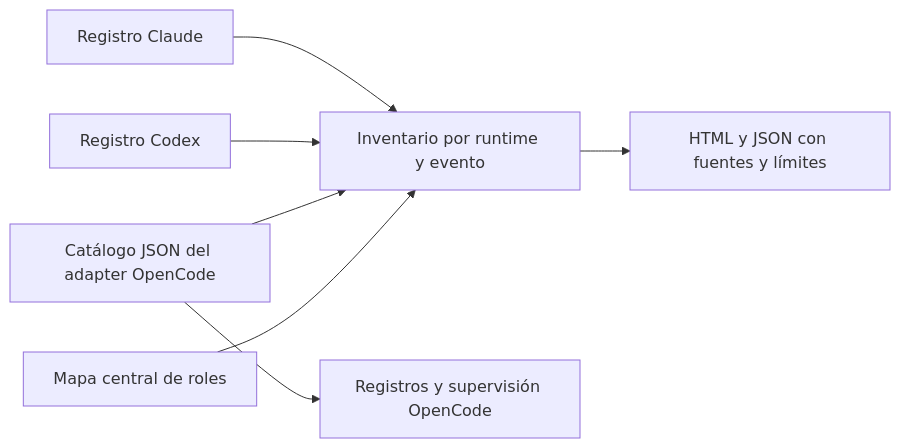
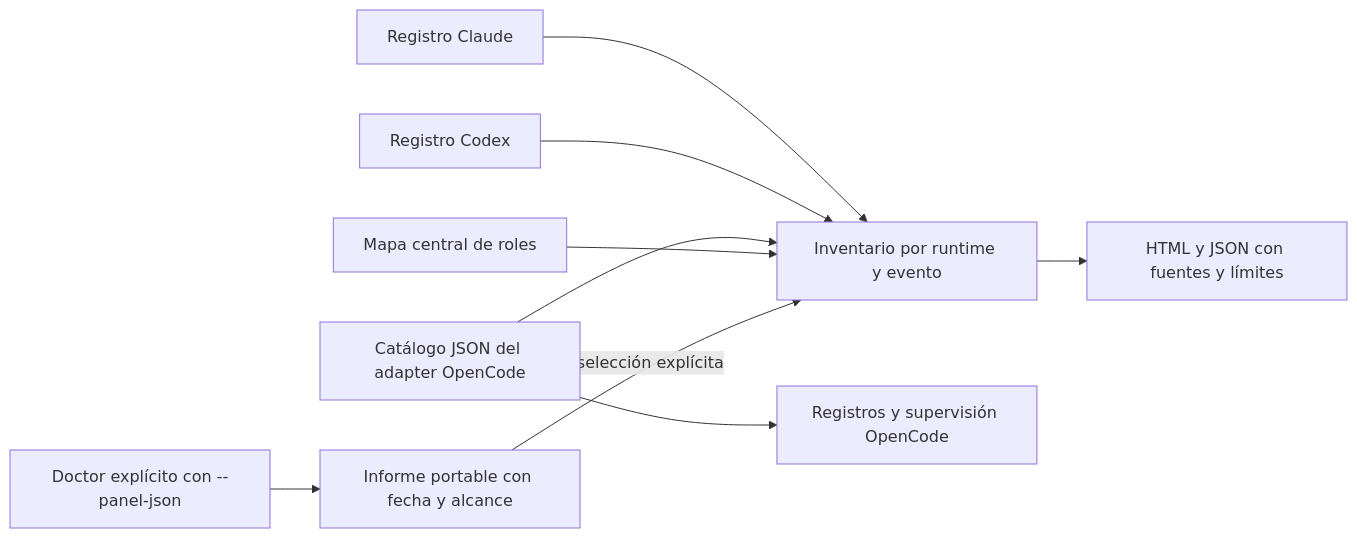
One commit to daycry/custom-agents changed diagram 17 of 17 in docs/FLOWS.md. Above: the diagram before and after it, drawn with Mermaid. The commit also changed 37 other files, not shown here.

````diff
--- a/docs/FLOWS.md
+++ b/docs/FLOWS.md
@@ -510,9 +510,11 @@
 ```mermaid
 flowchart LR
     Claude[Registro Claude] --> Panel[Inventario por runtime y evento]
     Codex[Registro Codex] --> Panel
     Catalogo[Catálogo JSON del adapter OpenCode] --> Adapter[Registros y supervisión OpenCode]
     Catalogo --> Panel
     Roles[Mapa central de roles] --> Panel
+    Doctor[Doctor explícito con --panel-json] --> Proyeccion[Informe portable con fecha y alcance]
+    Proyeccion -->|selección explícita| Panel
     Panel --> Vista[HTML y JSON con fuentes y límites]
 ```
````
